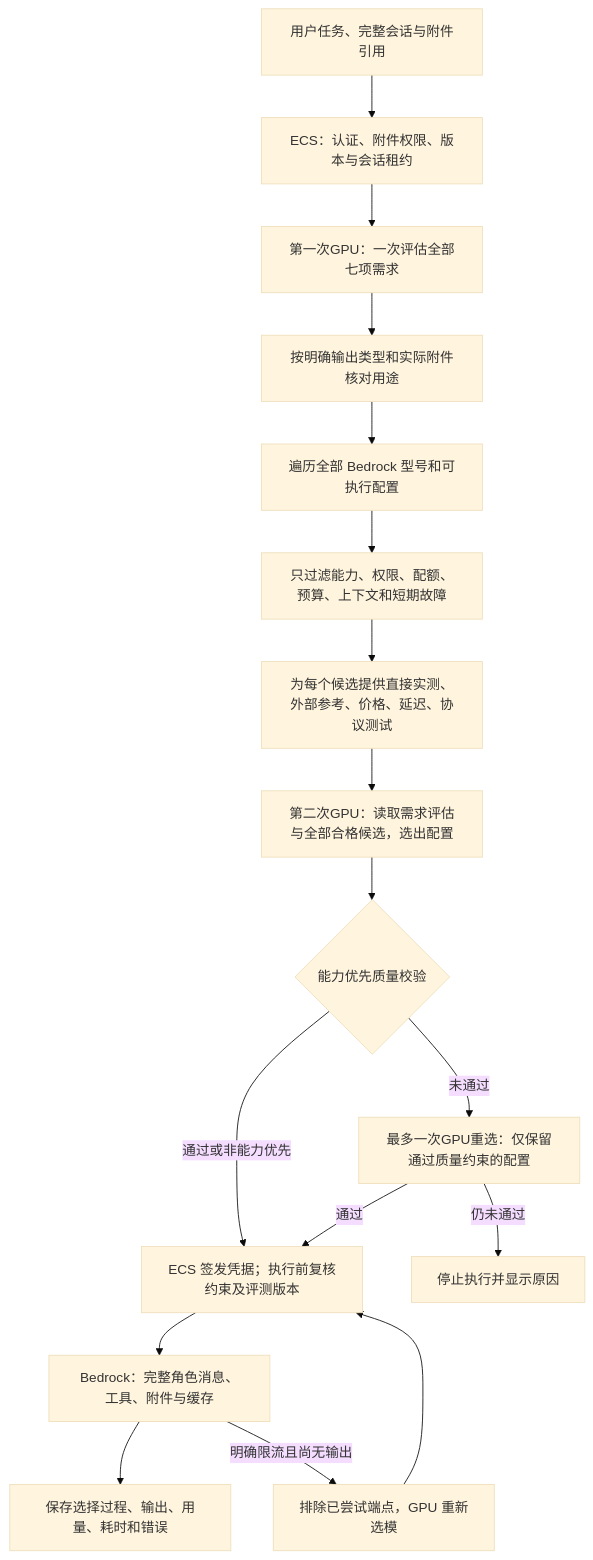
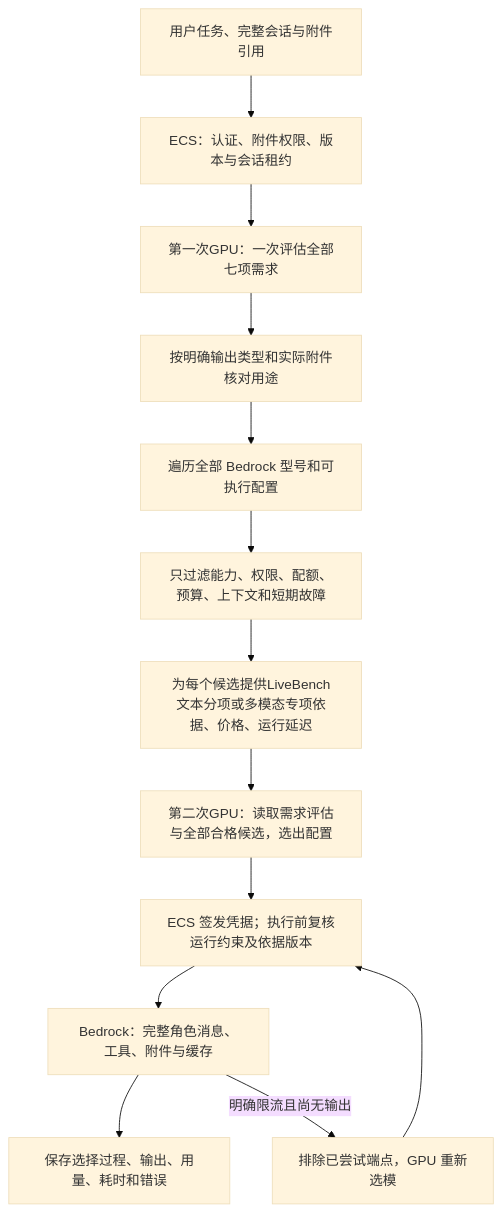
The diagram in docs/BEDROCK_CLASSIFIED_ROUTING.zh.md (milan9527/DeciderModelRouter), drawn with Mermaid (base theme) before and after one commit. The commit also changed other lines of this file and 57 other files, not shown here.

````diff
--- a/docs/BEDROCK_CLASSIFIED_ROUTING.zh.md
+++ b/docs/BEDROCK_CLASSIFIED_ROUTING.zh.md
@@ -11,19 +11,15 @@
 ```mermaid
 flowchart TD
     A[用户任务、完整会话与附件引用] --> B[ECS：认证、附件权限、版本与会话租约]
     B --> C[第一次GPU：一次评估全部七项需求]
     C --> D[按明确输出类型和实际附件核对用途]
     D --> E[遍历全部 Bedrock 型号和可执行配置]
     E --> F[只过滤能力、权限、配额、预算、上下文和短期故障]
-    F --> G[为每个候选提供直接实测、外部参考、价格、延迟、协议测试]
+    F --> G[为每个候选提供LiveBench文本分项或多模态专项依据、价格、运行延迟]
     G --> I[第二次GPU：读取需求评估与全部合格候选，选出配置]
-    I --> Q{能力优先质量校验}
-    Q -->|通过或非能力优先| J[ECS 签发凭据；执行前复核约束及评测版本]
-    Q -->|未通过| R[最多一次GPU重选：仅保留通过质量约束的配置]
-    R -->|通过| J
-    R -->|仍未通过| S[停止执行并显示原因]
+    I --> J[ECS 签发凭据；执行前复核运行约束及依据版本]
     J --> K[Bedrock：完整角色消息、工具、附件与缓存]
     K --> L[保存选择过程、输出、用量、耗时和错误]
     K -->|明确限流且尚无输出| M[排除已尝试端点，GPU 重新选模]
     M --> J
 ```
````
